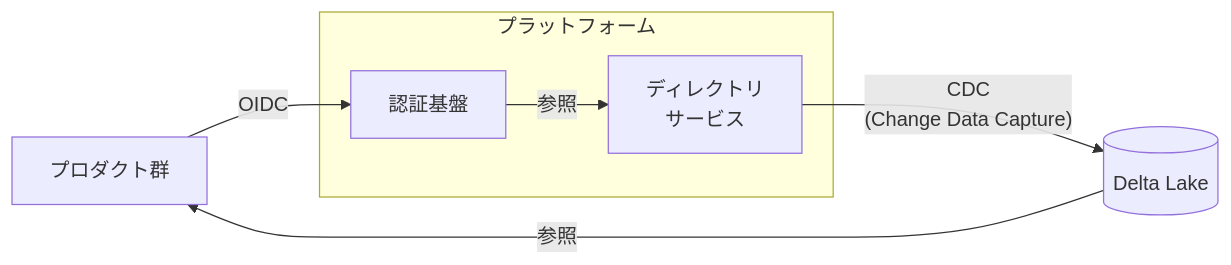
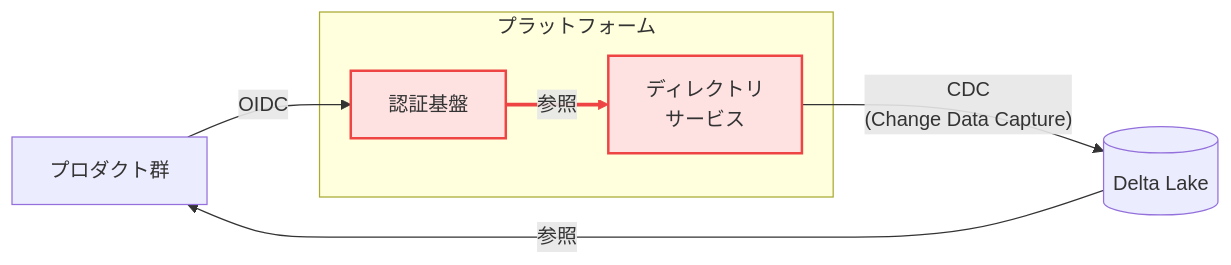
Before and after one commit to iwasa-kosui/monorepo: the second of 7 diagrams in talks/2026/sre-kaigi-2026/slides.md, drawn with Mermaid. The commit also changed other lines of this file, not shown here.

````diff
--- a/talks/2026/sre-kaigi-2026/slides.md
+++ b/talks/2026/sre-kaigi-2026/slides.md
@@ -229,16 +318,20 @@
 ```mermaid {scale: 0.7}
 flowchart LR
   Products[プロダクト群]
 
   subgraph Platform[プラットフォーム]
     Auth[認証基盤]
     Dir[ディレクトリ<br>サービス]
   end
 
   DeltaLake[(Delta Lake)]
 
   Products -->|OIDC| Auth
   Dir -->|"CDC<br/>(Change Data Capture)"| DeltaLake
   DeltaLake -->|参照| Products
   Auth -->|参照| Dir
+
+  style Auth fill:#fee2e2,stroke:#ef4444,stroke-width:2px
+  style Dir fill:#fee2e2,stroke:#ef4444,stroke-width:2px
+  linkStyle 3 stroke:#ef4444,stroke-width:3px
 ```
````
